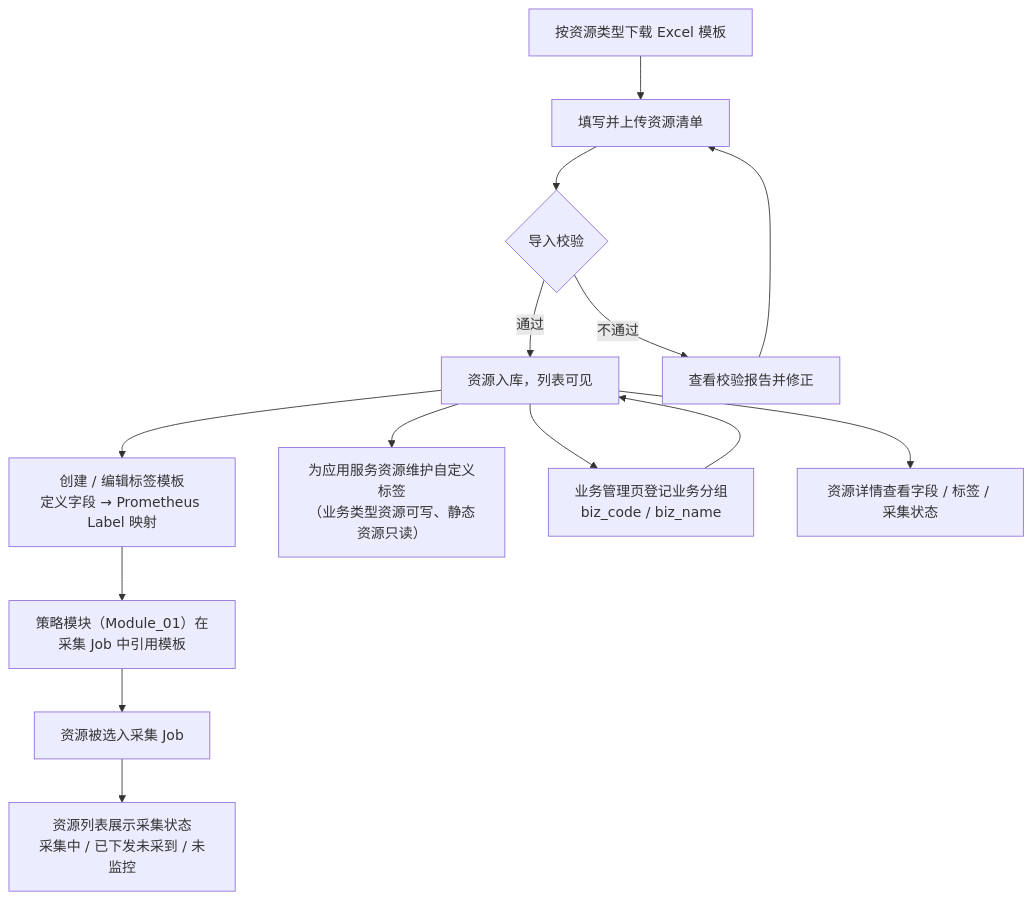
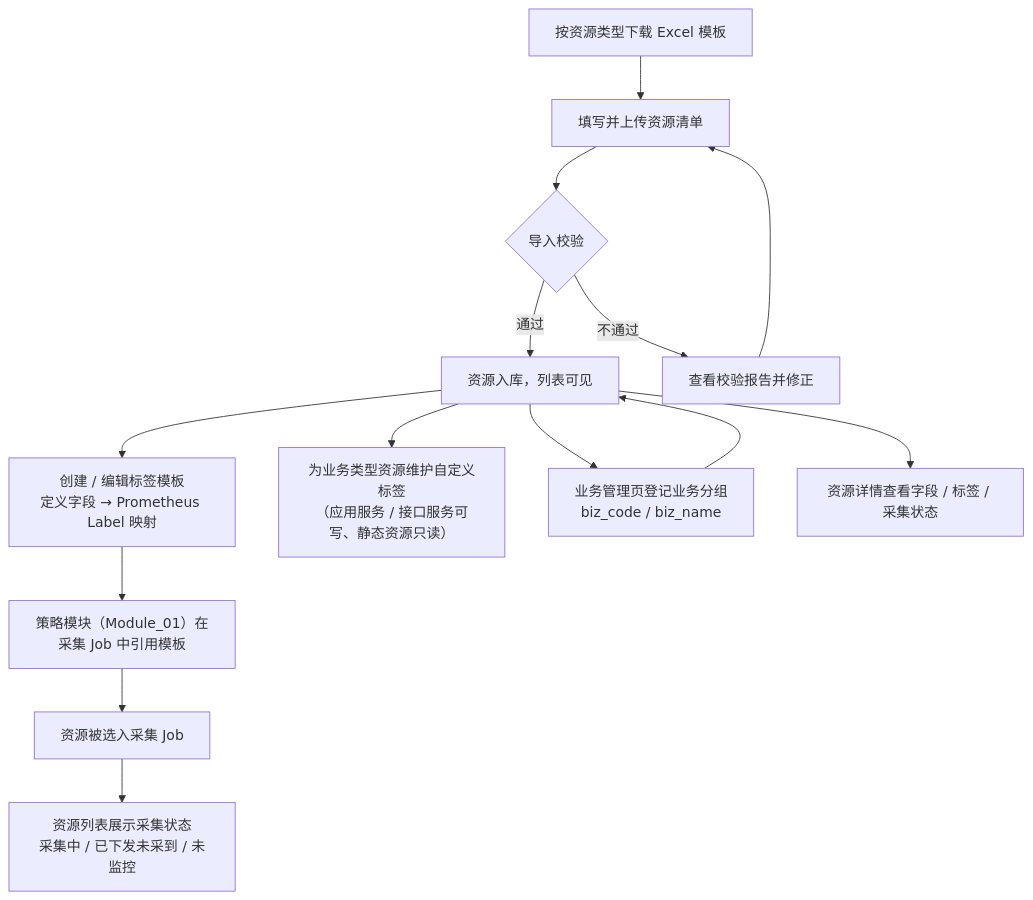
The second of 3 diagrams in docs/02-product-requirements/Modules/Module_07_Monitoring_Object_Management.md (vickiechen1128/CNCF_Monitor), drawn with Mermaid before and after one commit. The commit also changed other lines of this file and 5 other files, not shown here.

````diff
--- a/docs/02-product-requirements/Modules/Module_07_Monitoring_Object_Management.md
+++ b/docs/02-product-requirements/Modules/Module_07_Monitoring_Object_Management.md
@@ -284,15 +283,15 @@
 ```mermaid
 flowchart TD
   A["按资源类型下载 Excel 模板"] --> B["填写并上传资源清单"]
   B --> C{"导入校验"}
   C -->|通过| D["资源入库，列表可见"]
   C -->|不通过| E["查看校验报告并修正"] --> B
   D --> F["创建 / 编辑标签模板<br/>定义字段 → Prometheus Label 映射"]
   F --> G["策略模块（Module_01）在采集 Job 中引用模板"]
   G --> H["资源被选入采集 Job"]
-  D --> H2["为应用服务资源维护自定义标签<br/>（业务类型资源可写、静态资源只读）"]
+  D --> H2["为业务类型资源维护自定义标签<br/>（应用服务 / 接口服务可写、静态资源只读）"]
   D --> I["业务管理页登记业务分组<br/>biz_code / biz_name"]
   I --> D
   H --> J["资源列表展示采集状态<br/>采集中 / 已下发未采到 / 未监控"]
   D --> K["资源详情查看字段 / 标签 / 采集状态"]
 ```
````
